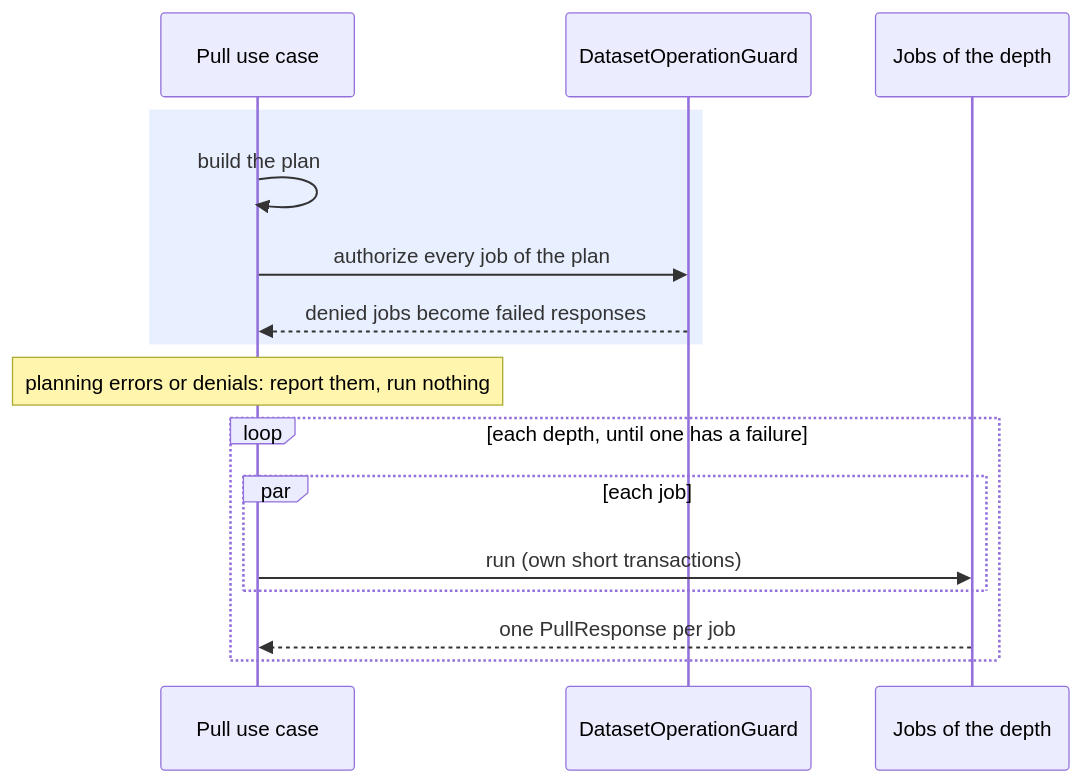
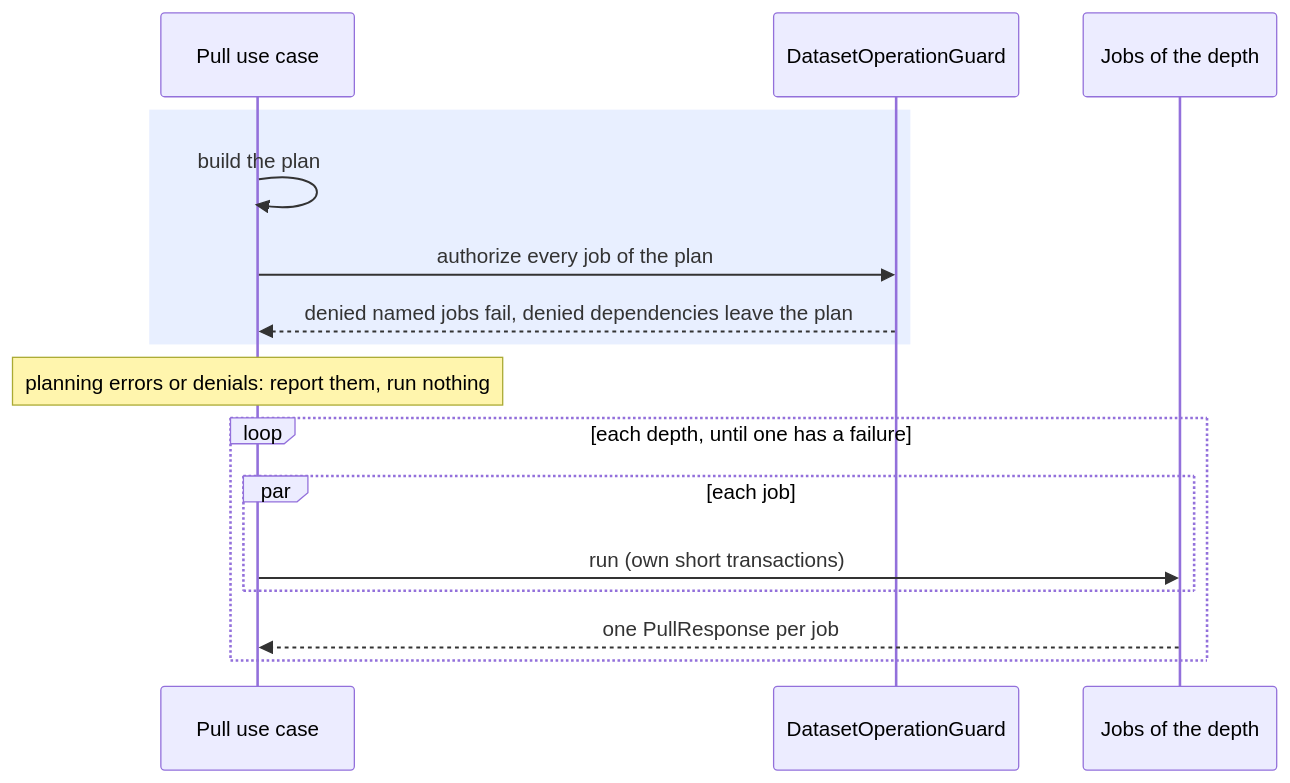
The third of 3 diagrams in docs/internal/dataset-pull.md (kamu-data/kamu-cli), drawn with Mermaid before and after one commit. The commit also changed other lines of this file and 8 other files, not shown here.

````diff
--- a/docs/internal/dataset-pull.md
+++ b/docs/internal/dataset-pull.md
@@ -238,19 +238,19 @@
 ```mermaid
 sequenceDiagram
     participant U as Pull use case
     participant G as DatasetOperationGuard
     participant J as Jobs of the depth
 
     rect rgba(100, 150, 255, 0.15)
     U->>U: build the plan
     U->>G: authorize every job of the plan
-    G-->>U: denied jobs become failed responses
+    G-->>U: denied named jobs fail, denied dependencies leave the plan
     end
     Note over U: planning errors or denials: report them, run nothing
     loop each depth, until one has a failure
         par each job
             U->>J: run (own short transactions)
         end
         J-->>U: one PullResponse per job
     end
 ```
````
